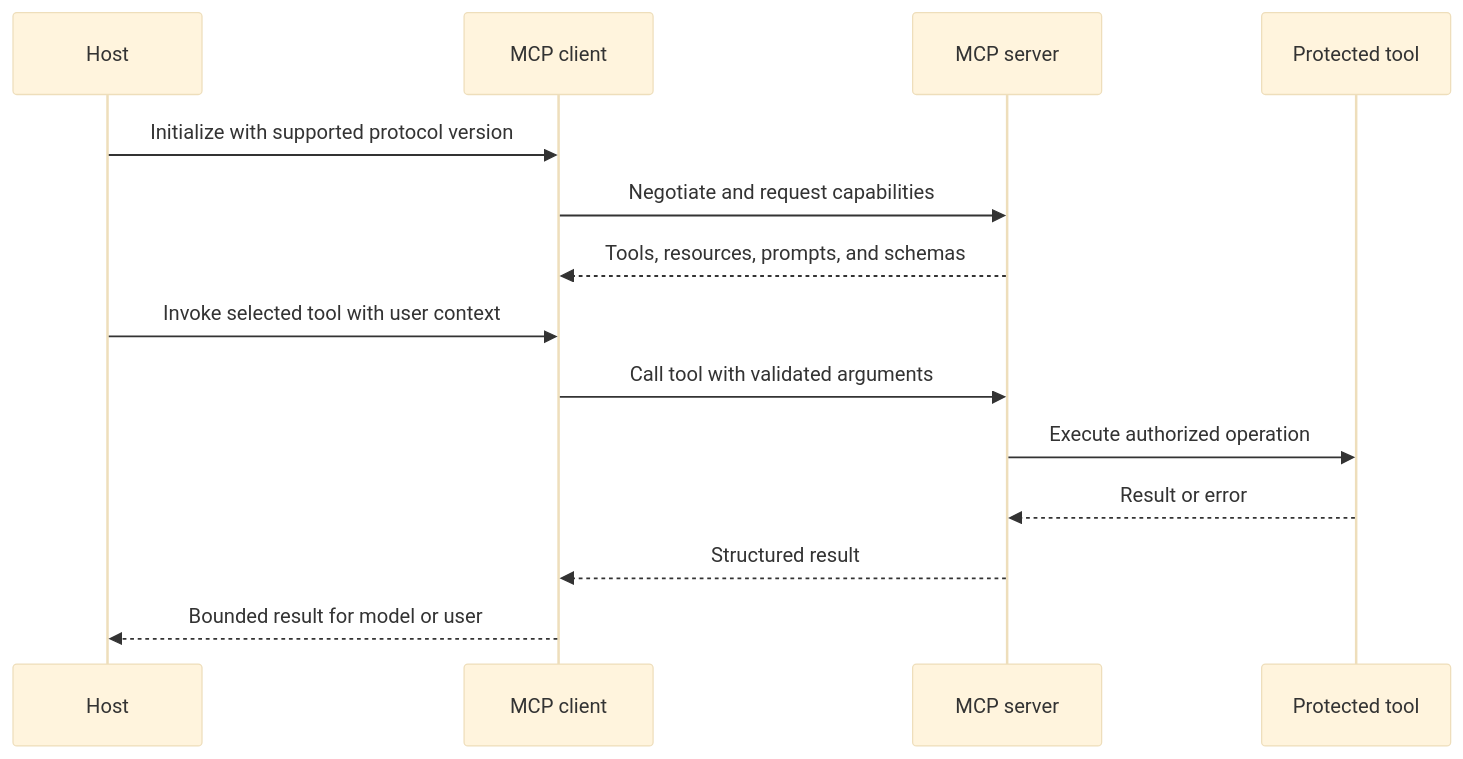
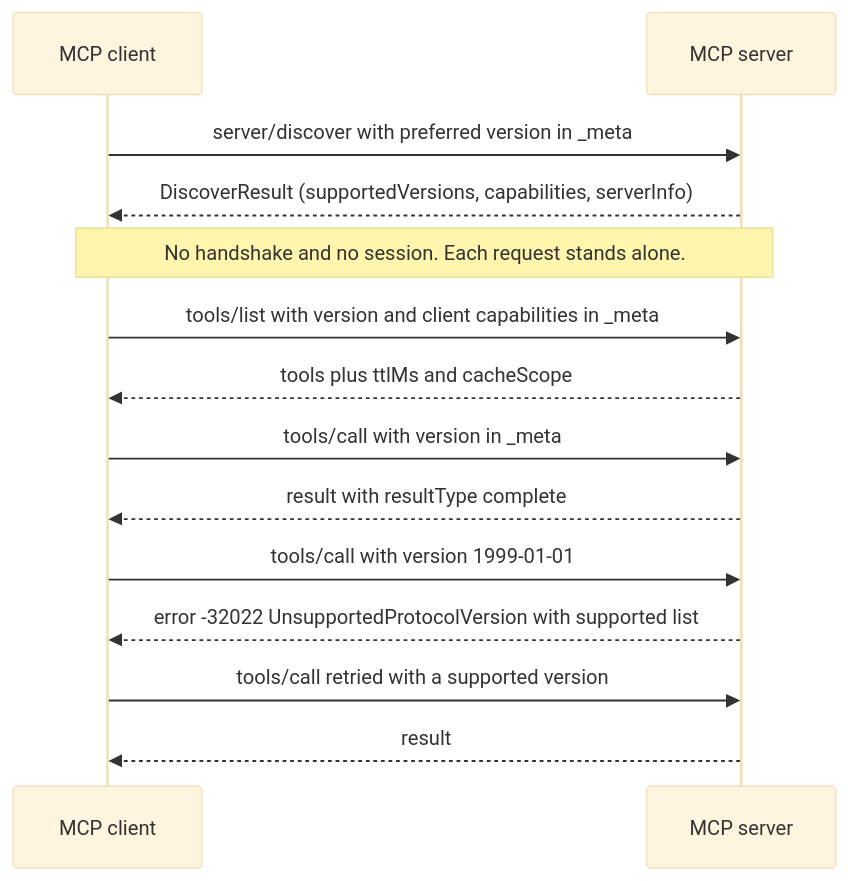
The fifth of 19 diagrams in 16_AI_and_GenAI/CH22_Model_Context_Protocol.md (joydasss/Architect), drawn with Mermaid (base theme) before and after one commit. The commit also changed other lines of this file and 295 other files, not shown here.

````diff
--- a/16_AI_and_GenAI/CH22_Model_Context_Protocol.md
+++ b/16_AI_and_GenAI/CH22_Model_Context_Protocol.md
@@ -31,16 +417,16 @@
 ```mermaid
 sequenceDiagram
-    participant Host
-    participant Client as MCP client
-    participant Server as MCP server
-    participant Tool as Protected tool
-    Host->>Client: Initialize with supported protocol version
-    Client->>Server: Negotiate and request capabilities
-    Server-->>Client: Tools, resources, prompts, and schemas
-    Host->>Client: Invoke selected tool with user context
-    Client->>Server: Call tool with validated arguments
-    Server->>Tool: Execute authorized operation
-    Tool-->>Server: Result or error
-    Server-->>Client: Structured result
-    Client-->>Host: Bounded result for model or user
+    participant C as MCP client
+    participant S as MCP server
+    C->>S: server/discover with preferred version in _meta
+    S-->>C: DiscoverResult (supportedVersions, capabilities, serverInfo)
+    Note over C,S: No handshake and no session. Each request stands alone.
+    C->>S: tools/list with version and client capabilities in _meta
+    S-->>C: tools plus ttlMs and cacheScope
+    C->>S: tools/call with version in _meta
+    S-->>C: result with resultType complete
+    C->>S: tools/call with version 1999-01-01
+    S-->>C: error -32022 UnsupportedProtocolVersion with supported list
+    C->>S: tools/call retried with a supported version
+    S-->>C: result
 ```
````
